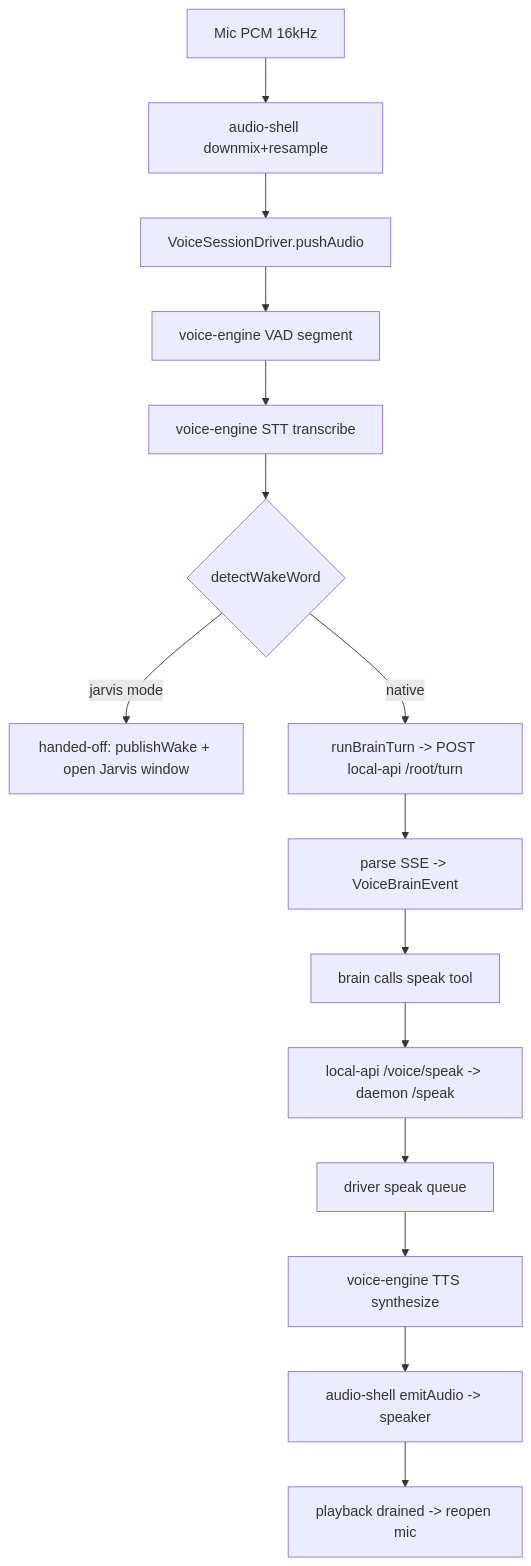
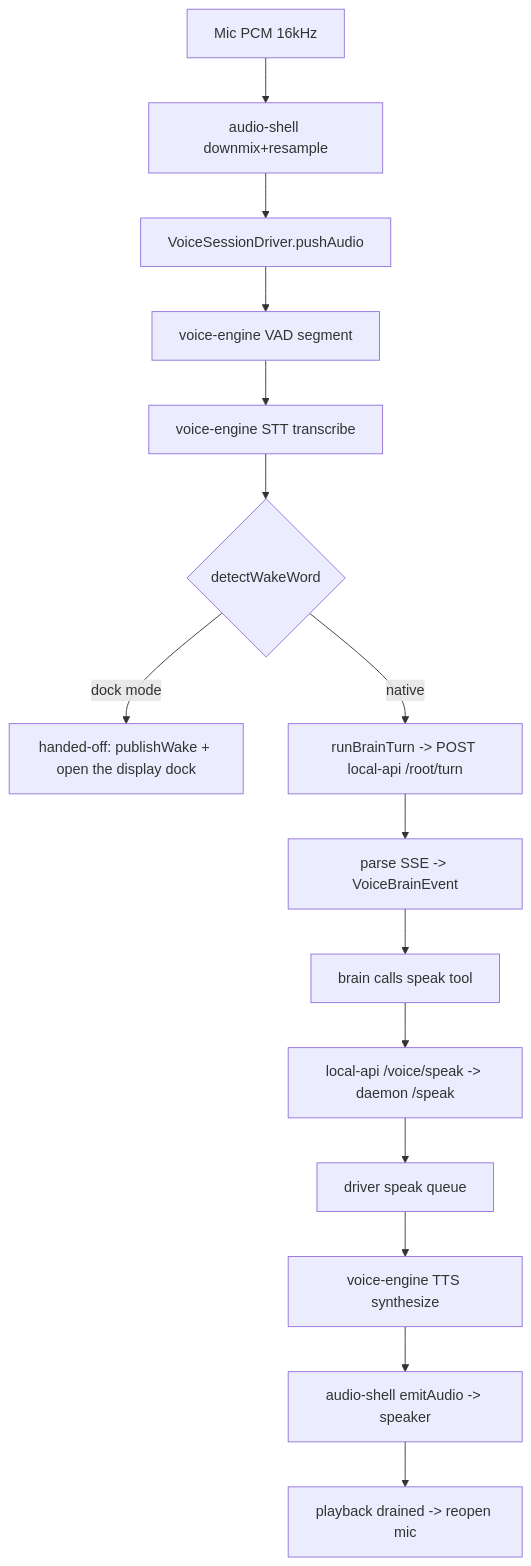
The first of 2 diagrams in .claude/docs/_apps/voice/structure.md (chadnicely/Vynel-Demo), drawn with Mermaid before and after one commit. The commit also changed other lines of this file and 80 other files, not shown here.

First line of the commit message:
refactor: the wake window is the display dock — jarvis identifiers renamed

````diff
--- a/.claude/docs/_apps/voice/structure.md
+++ b/.claude/docs/_apps/voice/structure.md
@@ -99,17 +99,17 @@
 ```mermaid
 flowchart TD
     Mic[Mic PCM 16kHz] --> AS[audio-shell downmix+resample]
     AS --> D[VoiceSessionDriver.pushAudio]
     D --> VAD[voice-engine VAD segment]
     VAD --> STT[voice-engine STT transcribe]
     STT --> WW{detectWakeWord}
-    WW -- jarvis mode --> HO[handed-off: publishWake + open Jarvis window]
+    WW -- dock mode --> HO[handed-off: publishWake + open the display dock]
     WW -- native --> BT[runBrainTurn -> POST local-api /root/turn]
     BT --> SSE[parse SSE -> VoiceBrainEvent]
     SSE --> Brain[brain calls speak tool]
     Brain --> LA[local-api /voice/speak -> daemon /speak]
     LA --> SQ[driver speak queue]
     SQ --> TTS[voice-engine TTS synthesize]
     TTS --> OUT[audio-shell emitAudio -> speaker]
     OUT --> Drain[playback drained -> reopen mic]
 ```
````
